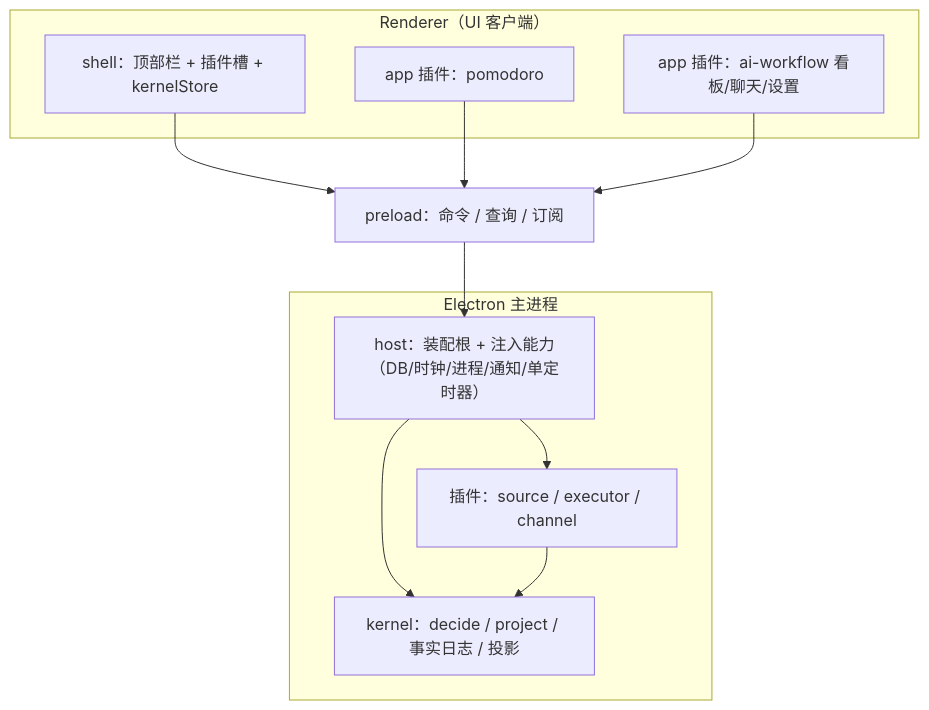
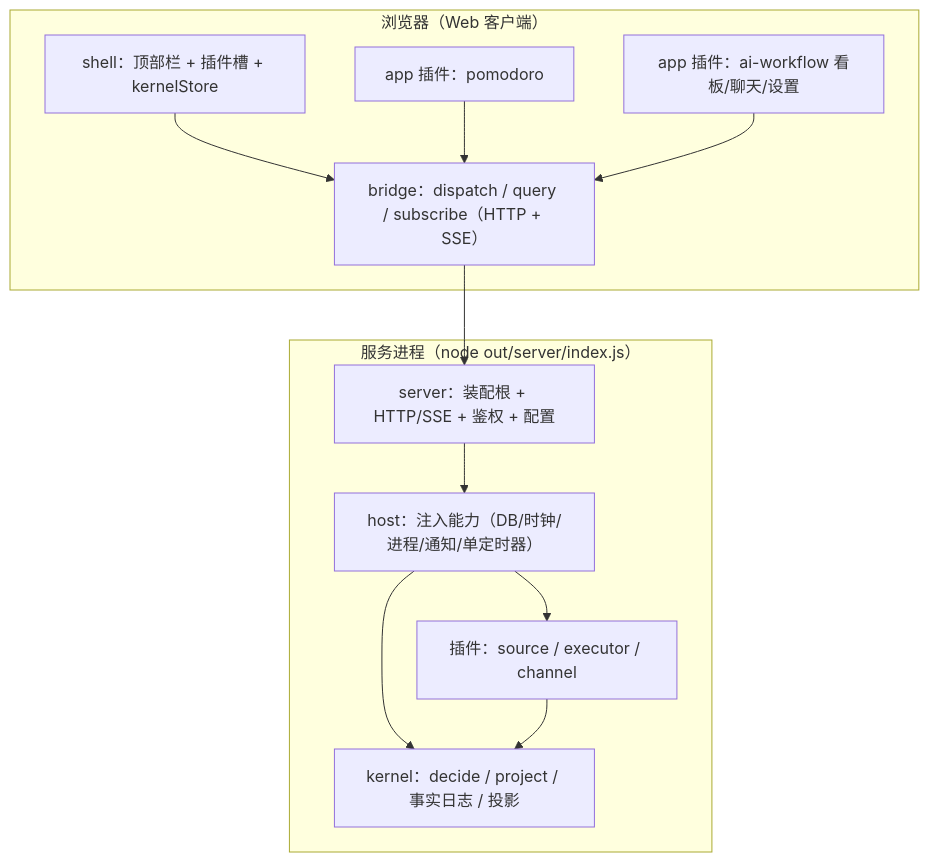
Before and after one commit to yuezm/workbench: the first of 2 diagrams in docs/ARCHITECTURE.md, drawn with Mermaid. The commit also changed other lines of this file and 114 other files, not shown here.

First line of the commit message:
feat(server)!: 抛弃 Electron，改为常驻服务 + Web 形态

````diff
--- a/docs/ARCHITECTURE.md
+++ b/docs/ARCHITECTURE.md
@@ -24,22 +24,24 @@
 ```mermaid
 flowchart TB
-  subgraph 客户端["Renderer（UI 客户端）"]
+  subgraph 浏览器["浏览器（Web 客户端）"]
     shell["shell：顶部栏 + 插件槽 + kernelStore"]
     appA["app 插件：pomodoro"]
     appB["app 插件：ai-workflow 看板/聊天/设置"]
+    bridge["bridge：dispatch / query / subscribe（HTTP + SSE）"]
   end
-  preload["preload：命令 / 查询 / 订阅"]
-  subgraph 主进程["Electron 主进程"]
-    host["host：装配根 + 注入能力（DB/时钟/进程/通知/单定时器）"]
+  subgraph 服务进程["服务进程（node out/server/index.js）"]
+    server["server：装配根 + HTTP/SSE + 鉴权 + 配置"]
+    host["host：注入能力（DB/时钟/进程/通知/单定时器）"]
     kernel["kernel：decide / project / 事实日志 / 投影"]
     plugins["插件：source / executor / channel"]
   end
 
-  shell --> preload
-  appA --> preload
-  appB --> preload
-  preload --> host
+  shell --> bridge
+  appA --> bridge
+  appB --> bridge
+  bridge --> server
+  server --> host
   host --> kernel
   plugins --> kernel
   host --> plugins
 ```
````
